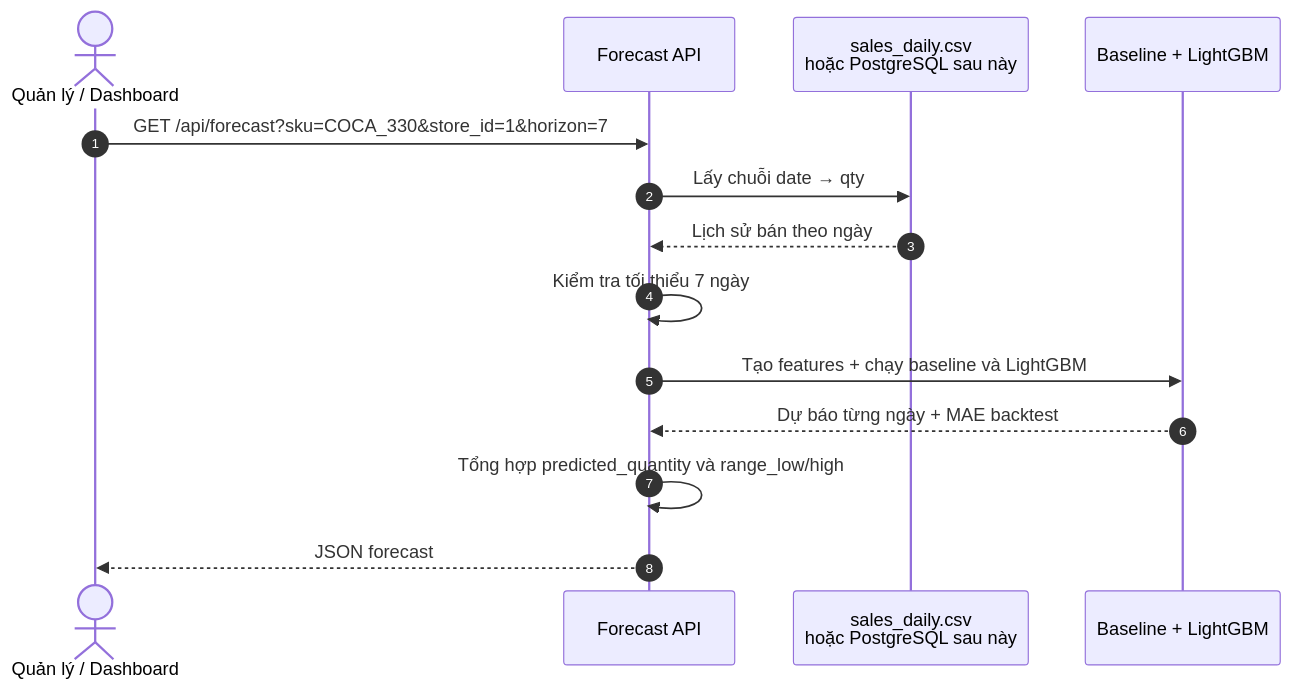
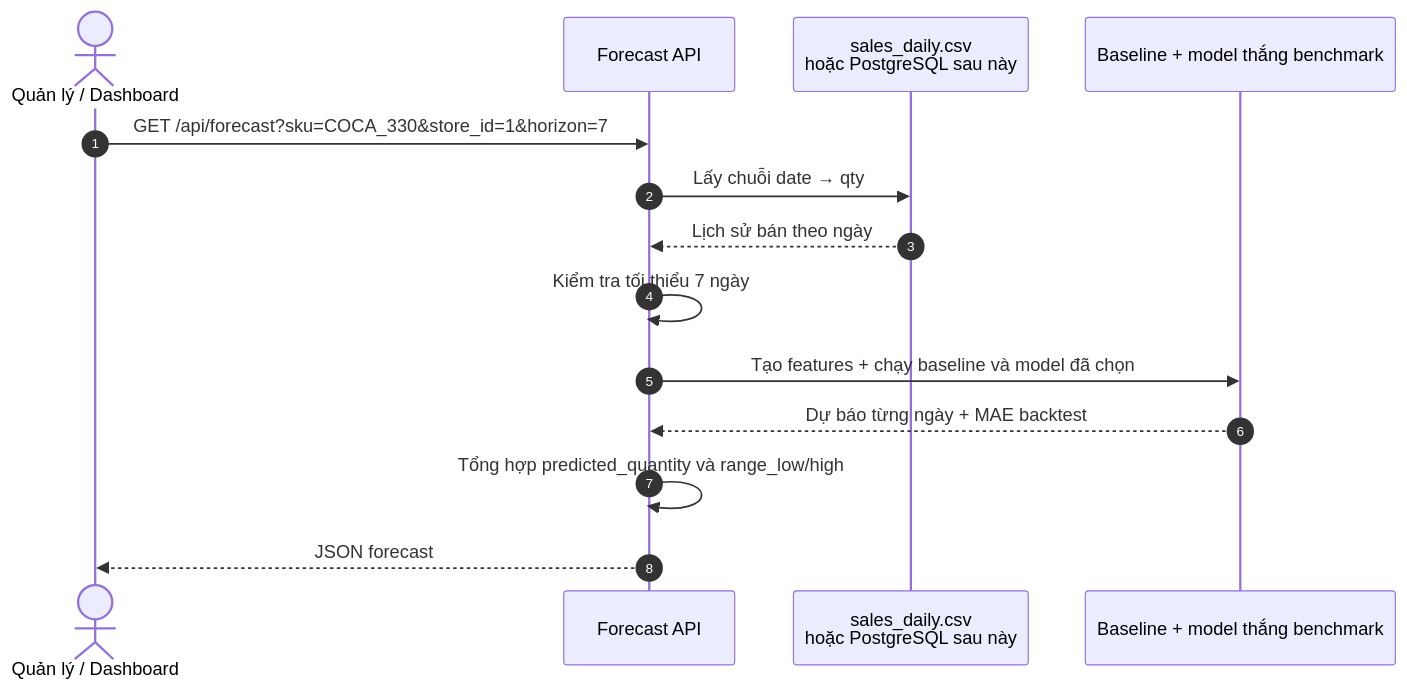
Before and after one commit to phulee9/datn: the second of 3 diagrams in Forecast_Flow.md, drawn with Mermaid. The commit also changed other lines of this file and 2 other files, not shown here.

Commit message:
update benmark model forecast

````diff
--- a/Forecast_Flow.md
+++ b/Forecast_Flow.md
@@ -254,17 +255,17 @@
 ```mermaid
 sequenceDiagram
     autonumber
     actor Manager as Quản lý / Dashboard
     participant API as Forecast API
     participant Data as sales_daily.csv<br/>hoặc PostgreSQL sau này
-    participant Model as Baseline + LightGBM
+    participant Model as Baseline + model thắng benchmark
 
     Manager->>API: GET /api/forecast?sku=COCA_330&store_id=1&horizon=7
     API->>Data: Lấy chuỗi date → qty
     Data-->>API: Lịch sử bán theo ngày
     API->>API: Kiểm tra tối thiểu 7 ngày
-    API->>Model: Tạo features + chạy baseline và LightGBM
+    API->>Model: Tạo features + chạy baseline và model đã chọn
     Model-->>API: Dự báo từng ngày + MAE backtest
     API->>API: Tổng hợp predicted_quantity và range_low/high
     API-->>Manager: JSON forecast
 ```
````
